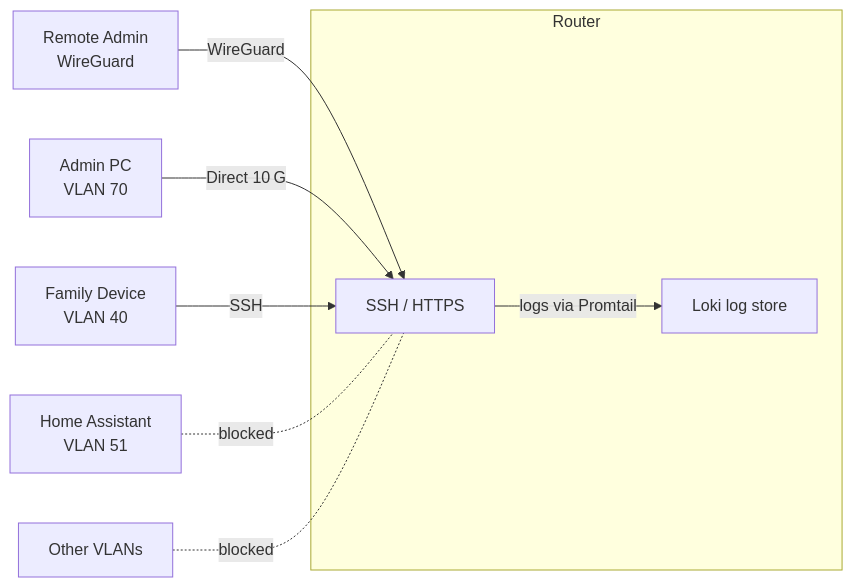
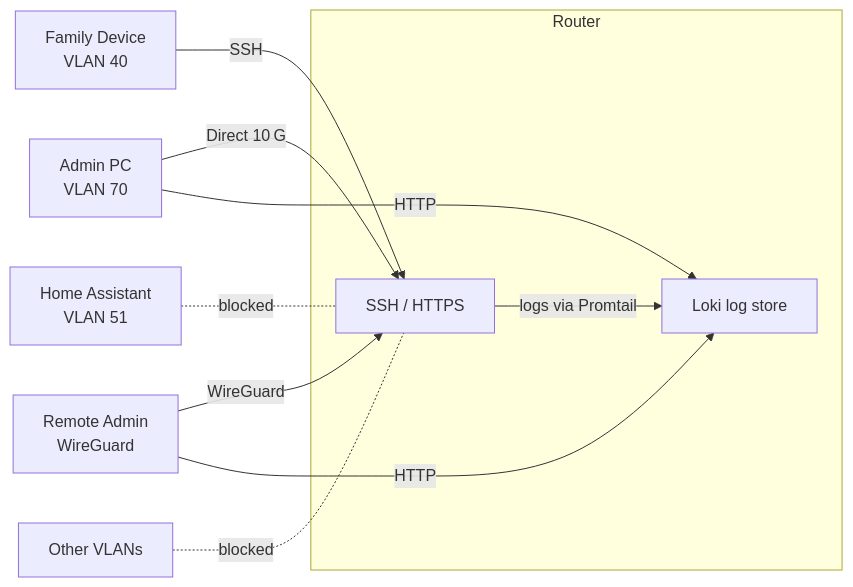
Before and after one commit to GEMISIS/home-network-setup: the seventh of 8 diagrams in SOFTWARE.md, drawn with Mermaid. The commit also changed other lines of this file and 2 other files, not shown here.

````diff
--- a/SOFTWARE.md
+++ b/SOFTWARE.md
@@ -119,19 +124,21 @@
 ```mermaid
 flowchart LR
-    AdminPC["Admin PC<br/>VLAN 70"]
-    FamilyPC["Family Device<br/>VLAN 40"]
-    HA["Home Assistant<br/>VLAN 51"]
-    WGUser["Remote Admin<br/>WireGuard"]
+    AdminPC["Admin PC</br>VLAN 70"]
+    FamilyPC["Family Device</br>VLAN 40"]
+    HA["Home Assistant</br>VLAN 51"]
+    WGUser["Remote Admin</br>WireGuard"]
     Others["Other VLANs"]
     subgraph RouterBox["Router"]
         Router["SSH / HTTPS"]
         Loki["Loki log store"]
     end
 
     WGUser -->|"WireGuard"| Router
     AdminPC -->|"Direct 10 G"| Router
     FamilyPC -->|"SSH"| Router
     HA -.-|"blocked"| Router
     Others -.-|"blocked"| Router
     Router -- "logs via Promtail" --> Loki
+    AdminPC -->|"HTTP"| Loki
+    WGUser -->|"HTTP"| Loki
 ```
````
